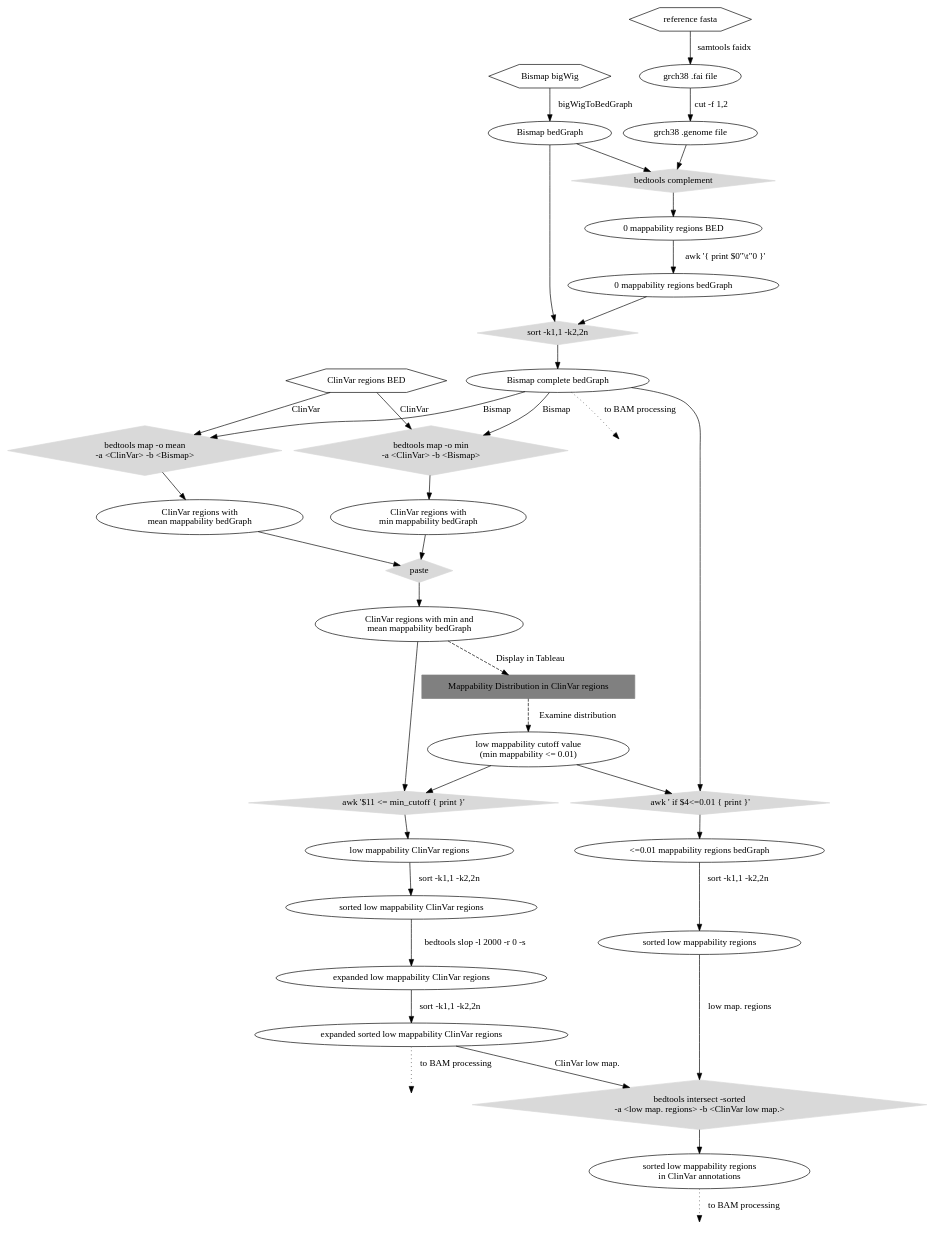
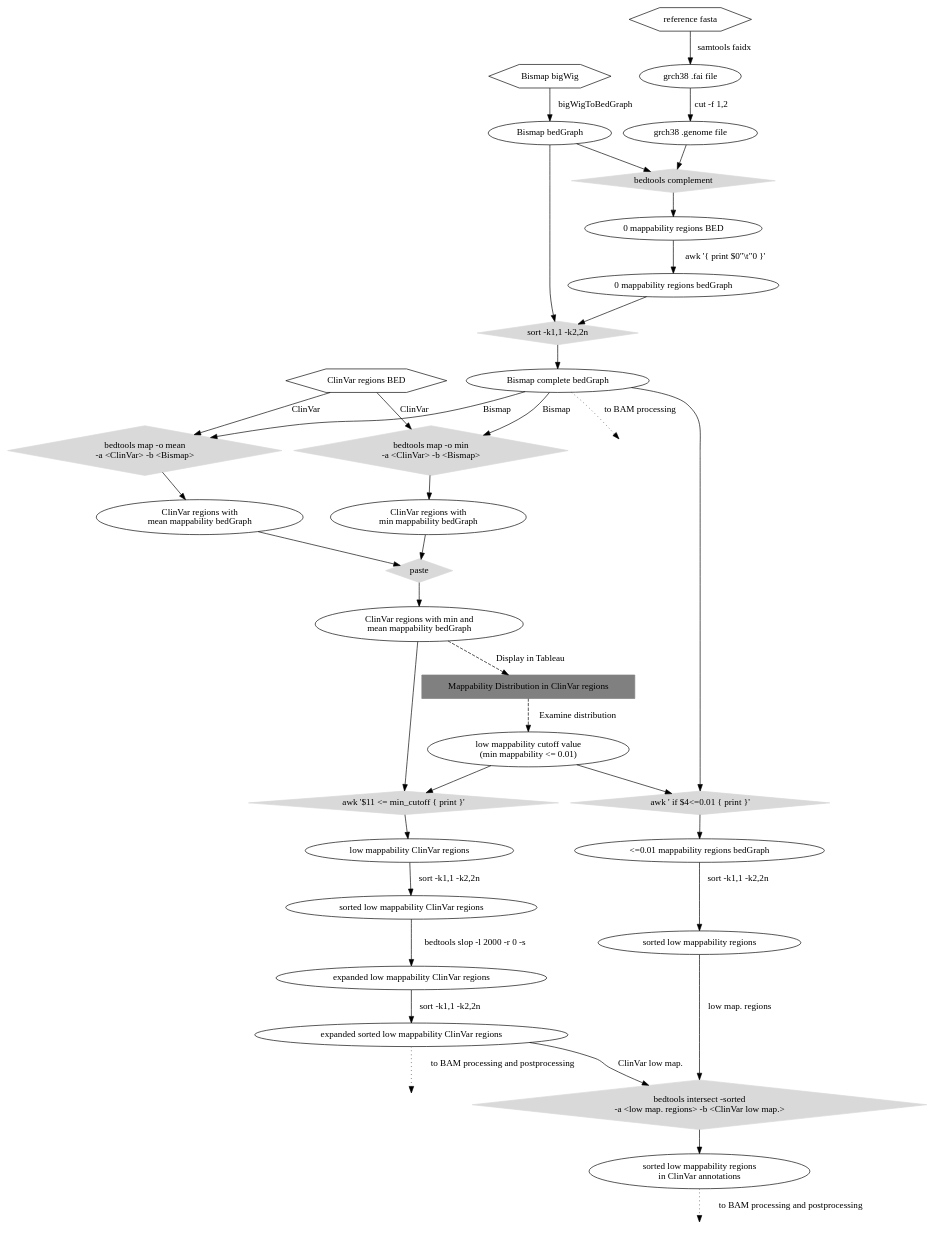
One commit to nebiolabs/low_bismap_methyl_calls changed the diagram in methylation workflow preproc.dot. Above: the diagram before and after it, drawn with Graphviz. The commit also changed 1 other file, not shown here.

Commit message:
Tweaked figure.

```diff
--- a/methylation workflow preproc.dot
+++ b/methylation workflow preproc.dot
@@ -1,102 +1,102 @@
 digraph workflow {
 
 
 	"ClinVar regions BED" [shape=hexagon];
 
 	"grch38 fasta 2" [shape=hexagon, label="reference fasta"];
 
 	"Bismap bedGraph" -> "sort -k1,1 -k2,2n_again";
 
 	"sort -k1,1 -k2,2n_again" -> "Bismap complete bedGraph"
 
 	"Bismap complete bedGraph";
 
 	"Bismap complete bedGraph" -> "BAM_PROC_1" [label="to BAM processing", style=dotted];
 
 	"BAM_PROC_1" [style=invis];
 
 	"sort -k1,1 -k2,2n_again" [shape=diamond,  color=gray85, style=filled, label="sort -k1,1 -k2,2n"];
 
 	"0 mappability regions bedGraph" -> "sort -k1,1 -k2,2n_again";
 
 	"Bismap bigWig" [shape=hexagon]; 
 	"Bismap bigWig" -> "Bismap bedGraph" [label="bigWigToBedGraph"];
 
 	"bedtools map -o min" [shape=diamond,  color=gray85, style=filled, label="bedtools map -o min \n-a <ClinVar> -b <Bismap>"];
 	"ClinVar regions BED" -> "bedtools map -o min" [label="ClinVar"];
 	"Bismap complete bedGraph" -> "bedtools map -o min" [label="Bismap"];
 
 	"bedtools map -o mean" [shape=diamond,  color=gray85, style=filled, label="bedtools map -o mean \n-a <ClinVar> -b <Bismap>"];
 	"ClinVar regions BED" -> "bedtools map -o mean" [label="ClinVar"];
 	"Bismap complete bedGraph" -> "bedtools map -o mean" [label="Bismap"];
 
 	"bedtools map -o min" -> "ClinVar regions with\n min mappability bedGraph";
 	"bedtools map -o mean" -> "ClinVar regions with\n mean mappability bedGraph";
 
 	"ClinVar regions with\n min mappability bedGraph" -> "paste";
 	"paste" -> "ClinVar regions with min and\n mean mappability bedGraph";
 	"ClinVar regions with\n mean mappability bedGraph" -> "paste";
 	"paste" [shape=diamond,  color=gray85, style=filled];
 
 	"ClinVar regions with min and\n mean mappability bedGraph" -> "Mappability Distribution in ClinVar regions" [style=dashed, label="Display in Tableau"];
 	"Mappability Distribution in ClinVar regions" [shape=box, color=gray, style=filled];
 	"Examine Data" [color=gray, style=invis];
 	"Mappability Distribution in ClinVar regions" -> "low mappability cutoff value\n(min mappability <= 0.01)" [style=dashed, label="Examine distribution"];
 
 	"awk '$11 <= min_cutoff { print }'" [shape=diamond,  color=gray85, style=filled];
 	"low mappability cutoff value\n(min mappability <= 0.01)" -> "awk '$11 <= min_cutoff { print }'";
 	"awk '$11 <= min_cutoff { print }'" -> "low mappability ClinVar regions";
 	"ClinVar regions with min and\n mean mappability bedGraph" -> "awk '$11 <= min_cutoff { print }'";
 
 	"low mappability ClinVar regions" -> "sorted low mappability ClinVar regions" [label="sort -k1,1 -k2,2n"];
 
 	"sorted low mappability ClinVar regions";
 
-	"expanded sorted low mappability ClinVar regions" -> "BAM_PROC_2" [label="to BAM processing", style=dotted];
+	"expanded sorted low mappability ClinVar regions" -> "BAM_PROC_2" [label="to BAM processing and postprocessing", style=dotted];
 
 	"BAM_PROC_2" [style=invis];
 
 	"bedtools complement" [shape=diamond,  color=gray85, style=filled];
 	
 	"Bismap bedGraph" -> "bedtools complement";
 
 	"bedtools complement" -> "0 mappability regions BED";
 
 	"grch38 fasta 2" -> "grch38 .fai file" [label="samtools faidx"];
 
 	"grch38 .fai file" -> "grch38 .genome file" [label="cut -f 1,2"];
 
 	"grch38 .genome file" -> "bedtools complement";
 
 	"awk_again" [shape=diamond,  color=gray85, style=filled, label="awk ' if $4<=0.01 { print }'"];
 
 	"Bismap complete bedGraph" -> "awk_again";
 
 	"low mappability cutoff value\n(min mappability <= 0.01)" -> "awk_again";
 
 	"awk_again" -> "<=0.01 mappability regions bedGraph";
 
 	"0 mappability regions BED" -> "0 mappability regions bedGraph" [label="awk '{ print $0\"\\t\"0 }'"];
 
 	"<=0.01 mappability regions bedGraph" -> "sorted low mappability regions" [label="sort -k1,1 -k2,2n"];
 
 	"bedtools intersect -u_0" [label="bedtools intersect -sorted \n-a <low map. regions> -b <ClinVar low map.>", shape=diamond,  color=gray85, style=filled];
 
 	"sorted low mappability regions" -> "bedtools intersect -u_0" [label="low map. regions"];
 
 	"bedtools intersect -u_0" -> "sorted low mappability regions\nin ClinVar annotations";
 
 	"sorted low mappability ClinVar regions" -> "expanded low mappability ClinVar regions" [label="bedtools slop -l 2000 -r 0 -s"];	
 
 	"expanded low mappability ClinVar regions" -> "expanded sorted low mappability ClinVar regions" [label="sort -k1,1 -k2,2n"];	
 
 	"expanded sorted low mappability ClinVar regions";
 
-	"sorted low mappability regions\nin ClinVar annotations" -> "BAM_PROC_3" [label="to BAM processing", style=dotted];
+	"sorted low mappability regions\nin ClinVar annotations" -> "BAM_PROC_3" [label="to BAM processing and postprocessing", style=dotted];
 
 	"BAM_PROC_3" [style=invis];
 
 	"expanded sorted low mappability ClinVar regions" -> "bedtools intersect -u_0" [label="ClinVar low map."];
 
 	
  }
```
